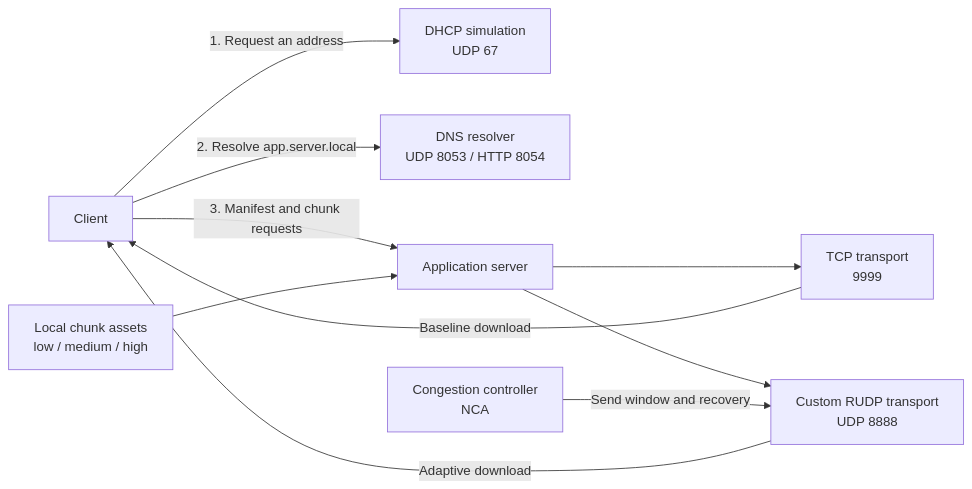
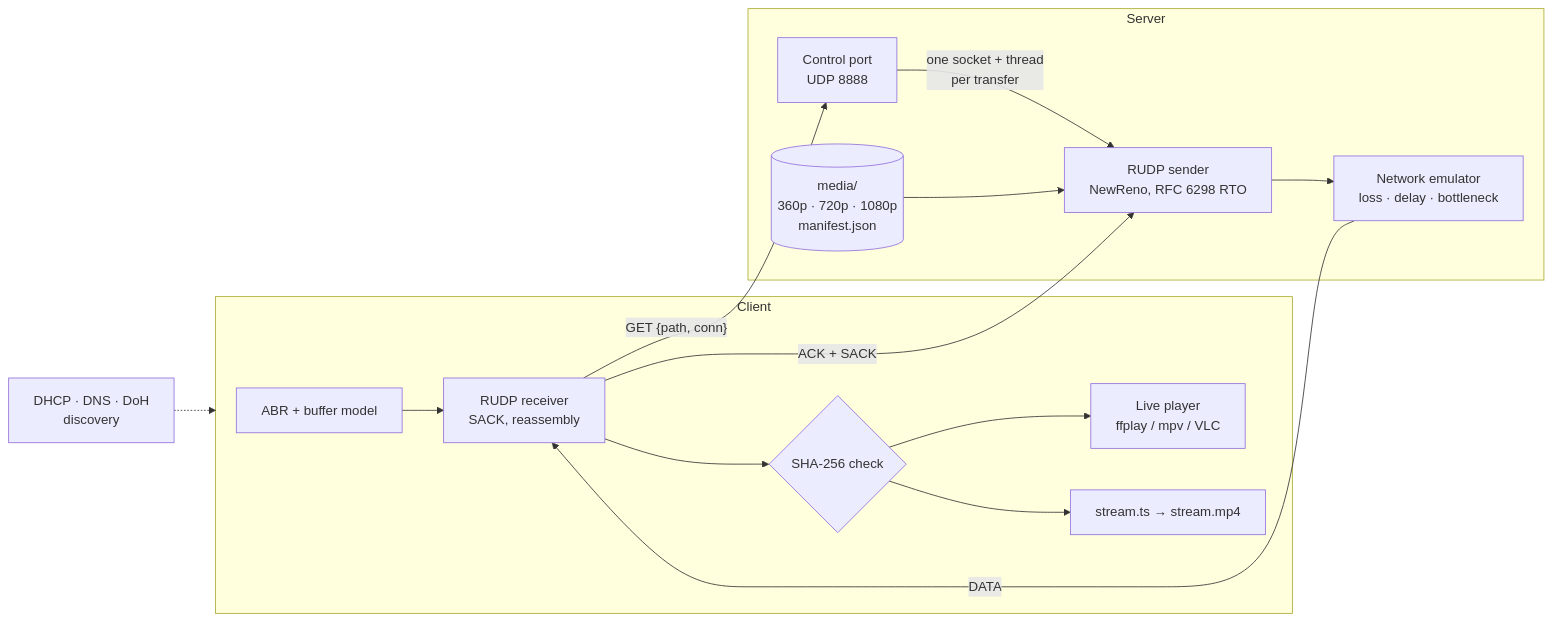
The diagram in README.md (Ori-Marom/streamlink-rudp), drawn with Mermaid before and after one commit. The commit also changed other lines of this file and 32 other files, not shown here.

````diff
--- a/README.md
+++ b/README.md
@@ -53,21 +102,18 @@
 ```mermaid
 flowchart LR
-    C[Client]
-    H[DHCP simulation<br/>UDP 67]
-    D[DNS resolver<br/>UDP 8053 / HTTP 8054]
-    A[Application server]
-    T[TCP transport<br/>9999]
-    R[Custom RUDP transport<br/>UDP 8888]
-    N[Congestion controller<br/>NCA]
-    F[Local chunk assets<br/>low / medium / high]
-
-    C -->|1. Request an address| H
-    C -->|2. Resolve app.server.local| D
-    C -->|3. Manifest and chunk requests| A
-    A --> T
-    A --> R
-    N -->|Send window and recovery| R
-    F --> A
-    T -->|Baseline download| C
-    R -->|Adaptive download| C
+    subgraph Client
+        ABR[ABR + buffer model] --> RX[RUDP receiver<br/>SACK, reassembly]
+        RX --> V{SHA-256 check}
+        V --> P[Live player<br/>ffplay / mpv / VLC]
+        V --> F[stream.ts → stream.mp4]
+    end
+    subgraph Server
+        CTL[Control port<br/>UDP 8888] -->|one socket + thread<br/>per transfer| TX[RUDP sender<br/>NewReno, RFC 6298 RTO]
+        M[(media/<br/>360p · 720p · 1080p<br/>manifest.json)] --> TX
+        TX --> E[Network emulator<br/>loss · delay · bottleneck]
+    end
+    RX -- "GET {path, conn}" --> CTL
+    E -- "DATA" --> RX
+    RX -- "ACK + SACK" --> TX
+    D[DHCP · DNS · DoH<br/>discovery] -.-> Client
 ```
````
